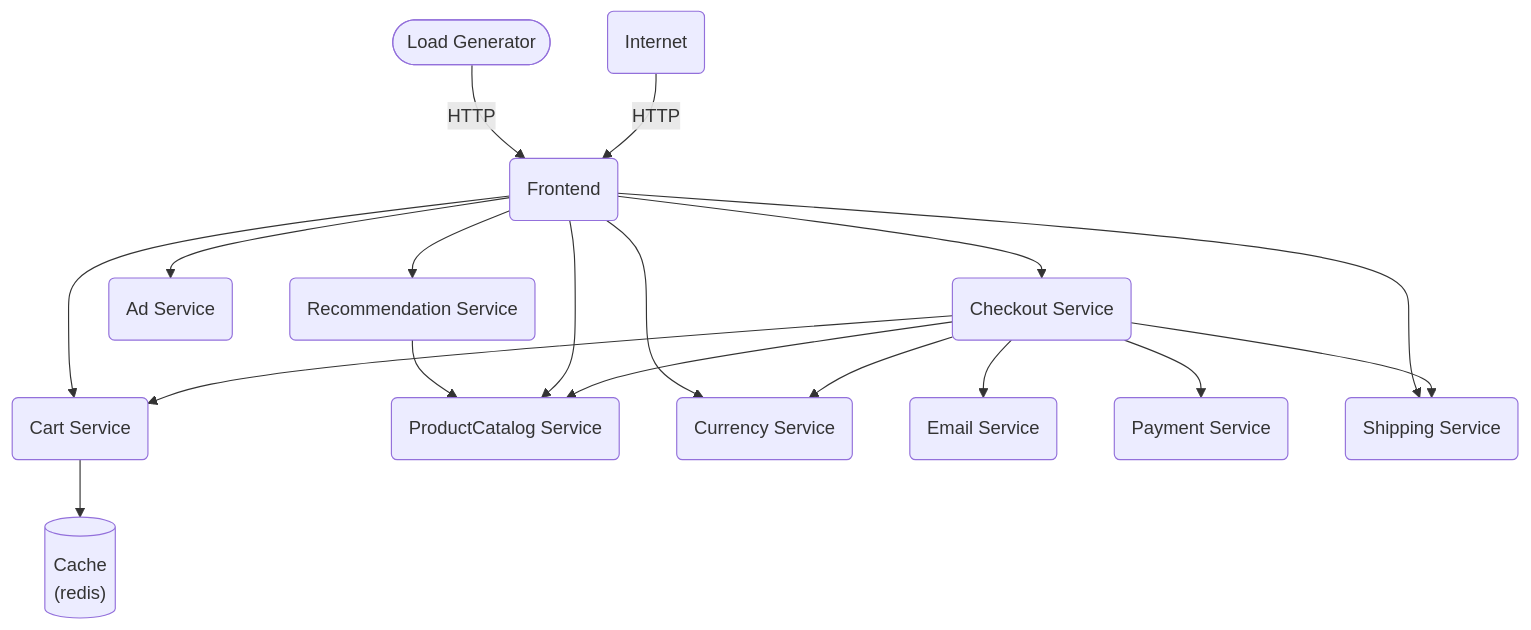
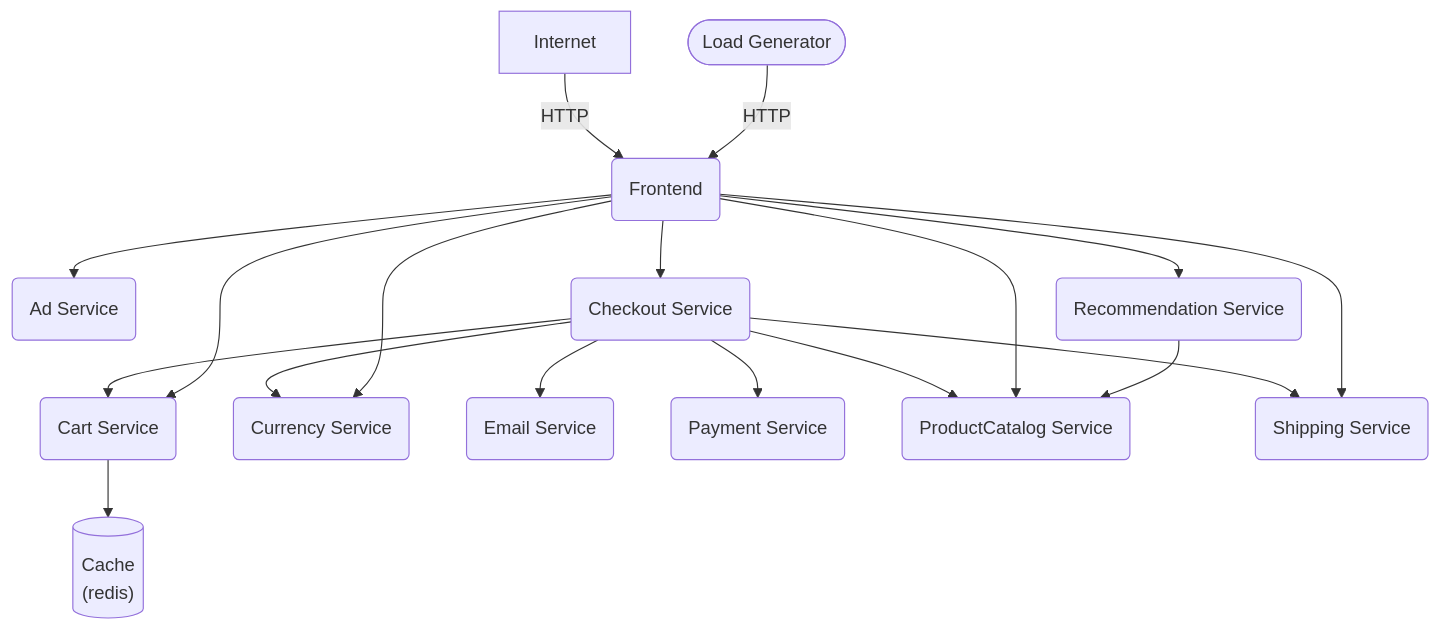
The diagram in README.md (open-telemetry/opentelemetry-demo), drawn with Mermaid before and after one commit.

````diff
--- a/README.md
+++ b/README.md
@@ -26,23 +26,34 @@
 ```mermaid
 graph TD
 
-Internet(Internet) -->|HTTP| Frontend(Frontend)
-Load([Load Generator]) -->|HTTP| Frontend
+adservice(Ad Service)
+cache[(Cache<br/>&#40redis&#41)]
+cartservice(Cart Service)
+checkoutservice(Checkout Service)
+currencyservice(Currency Service)
+emailservice(Email Service)
+frontend(Frontend)
+loadgenerator([Load Generator])
+paymentservice(Payment Service)
+productcatalogservice(ProductCatalog Service)
+recommendationservice(Recommendation Service)
+shippingservice(Shipping Service)
 
-Checkout --> Cart --> Cache[(Cache<br/>&#40redis&#41)]
-Checkout --> Catalog
-Checkout --> Currency
-Checkout --> Email(Email Service)
-Checkout --> Payment(Payment Service)
-Checkout --> Shipping
+Internet -->|HTTP| frontend
+loadgenerator -->|HTTP| frontend
 
-Frontend --> Ad(Ad Service)
-Frontend --> Cart(Cart Service)
-Frontend --> Catalog(ProductCatalog Service)
-Frontend --> Checkout(Checkout Service)
-Frontend --> Currency(Currency Service)
-Frontend --> Recommendation(Recommendation Service)
-Frontend --> Shipping(Shipping Service)
+checkoutservice --> cartservice --> cache
+checkoutservice --> productcatalogservice
+checkoutservice --> currencyservice
+checkoutservice --> emailservice
+checkoutservice --> paymentservice
+checkoutservice --> shippingservice
 
-Recommendation --> Catalog
+frontend --> adservice
+frontend --> cartservice
+frontend --> productcatalogservice
+frontend --> checkoutservice
+frontend --> currencyservice
+frontend --> recommendationservice --> productcatalogservice
+frontend --> shippingservice
 ```
````
